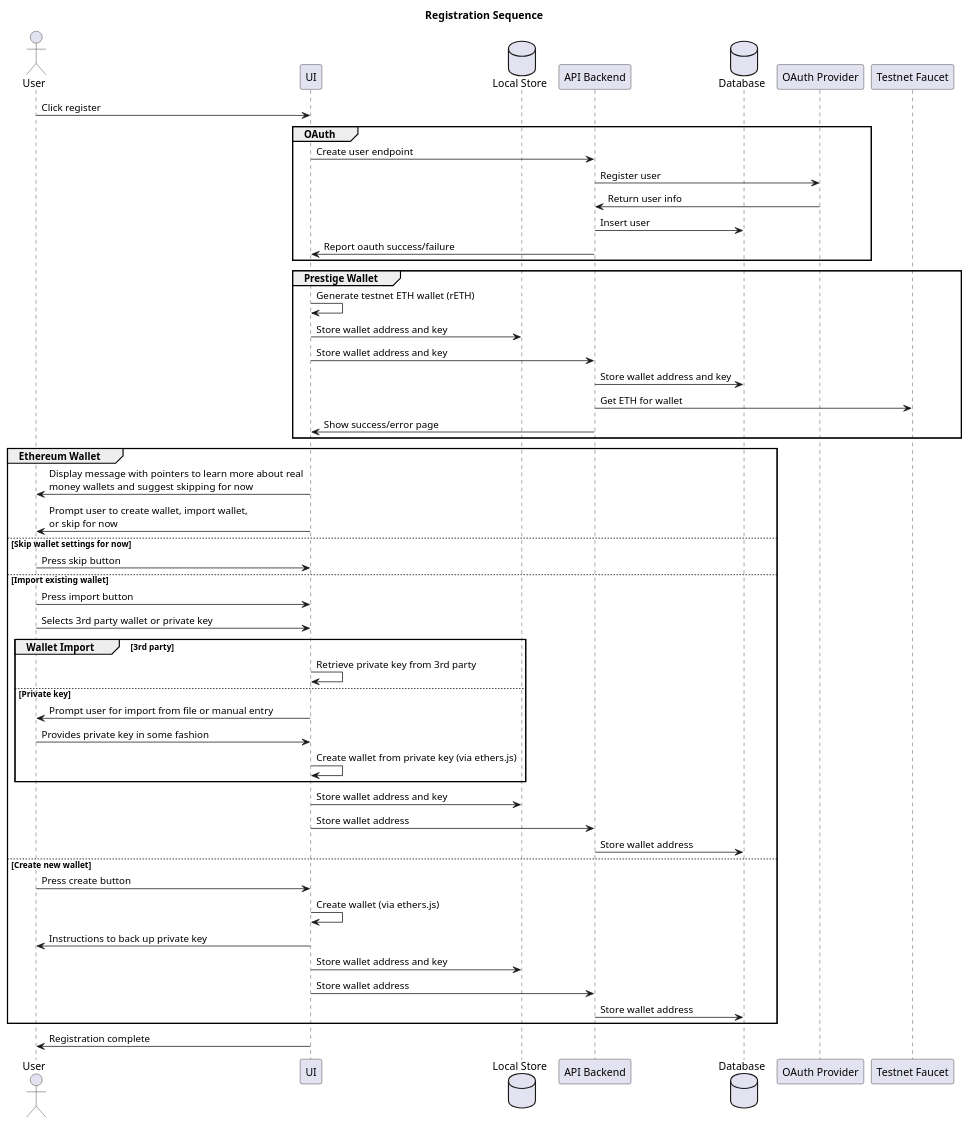
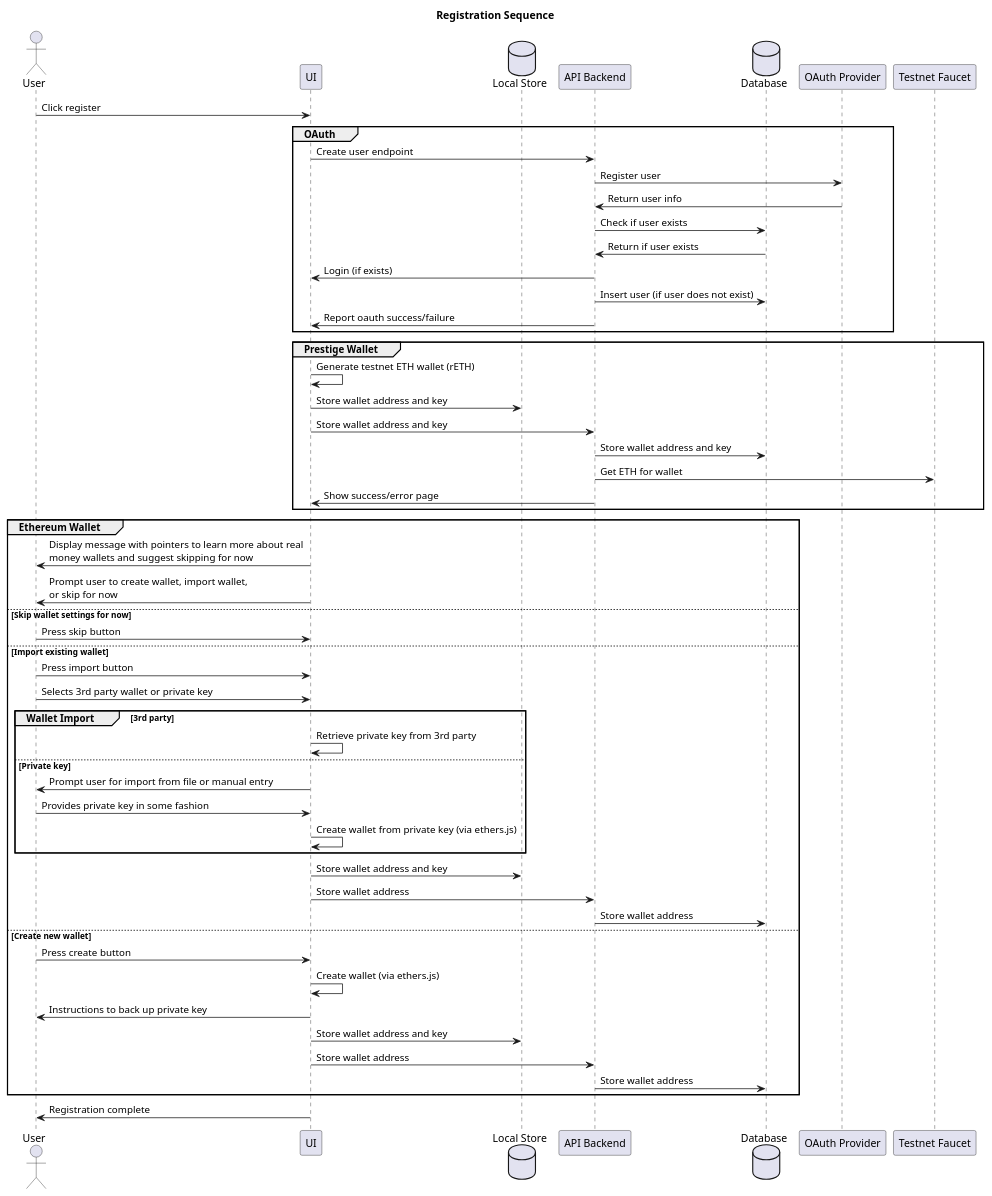
One commit to adhurjaty/prediction-app changed the diagram in docs/Diagrams/src/UserStories/registration.puml. Above: the diagram before and after it, drawn with PlantUML. The commit also changed 12 other files, not shown here.

Commit message:
work on user registration api endpoint and ui

```diff
--- a/docs/Diagrams/src/UserStories/registration.puml
+++ b/docs/Diagrams/src/UserStories/registration.puml
@@ -1,64 +1,67 @@
 @startuml Registration Sequence
 
 title Registration Sequence
 
 actor User as user
 participant UI as ui
 database "Local Store" as localstore
 participant "API Backend" as api
 database Database as db
 participant "OAuth Provider" as oauth
 participant "Testnet Faucet" as faucet
 
 user -> ui : Click register 
 
 group OAuth
     ui -> api : Create user endpoint
     api -> oauth : Register user
     oauth -> api : Return user info
-    api -> db : Insert user
+    api -> db: Check if user exists
+    db -> api: Return if user exists
+    api -> ui: Login (if exists)
+    api -> db : Insert user (if user does not exist)
     api -> ui : Report oauth success/failure
 end
 
 group Prestige Wallet
     ui -> ui : Generate testnet ETH wallet (rETH)
     ui -> localstore : Store wallet address and key
     ui -> api : Store wallet address and key
     api -> db : Store wallet address and key
     api -> faucet : Get ETH for wallet
     api -> ui : Show success/error page
 end
 
 group Ethereum Wallet
     ui -> user : Display message with pointers to learn more about real \nmoney wallets and suggest skipping for now
     ui -> user : Prompt user to create wallet, import wallet, \nor skip for now
 else Skip wallet settings for now
     user -> ui : Press skip button
 else Import existing wallet
     user -> ui : Press import button
     user -> ui : Selects 3rd party wallet or private key
 
     group Wallet Import [3rd party]
         ui -> ui : Retrieve private key from 3rd party
     else Private key
         ui -> user : Prompt user for import from file or manual entry 
         user -> ui : Provides private key in some fashion
         ui -> ui : Create wallet from private key (via ethers.js)
     end
 
     ui -> localstore : Store wallet address and key
 
     ui -> api : Store wallet address 
     api -> db : Store wallet address 
 else Create new wallet
     user -> ui : Press create button
     ui -> ui : Create wallet (via ethers.js)
     ui -> user : Instructions to back up private key
     ui -> localstore : Store wallet address and key
     ui -> api : Store wallet address 
     api -> db : Store wallet address 
 end
 
 ui -> user : Registration complete
 
 @enduml
```
